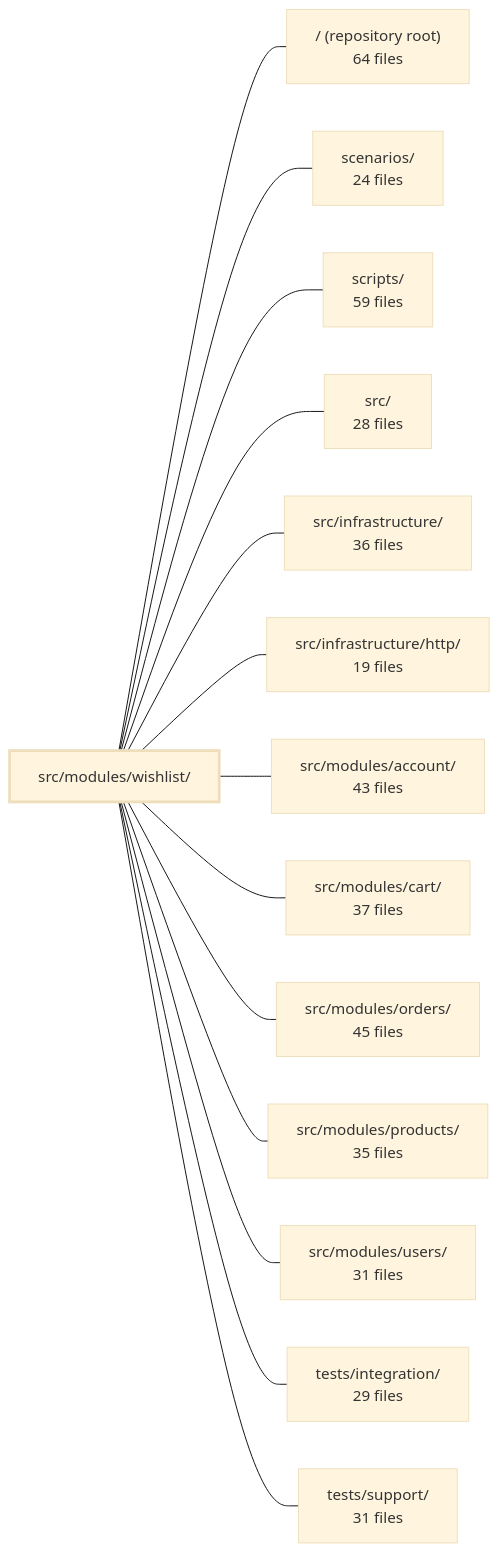
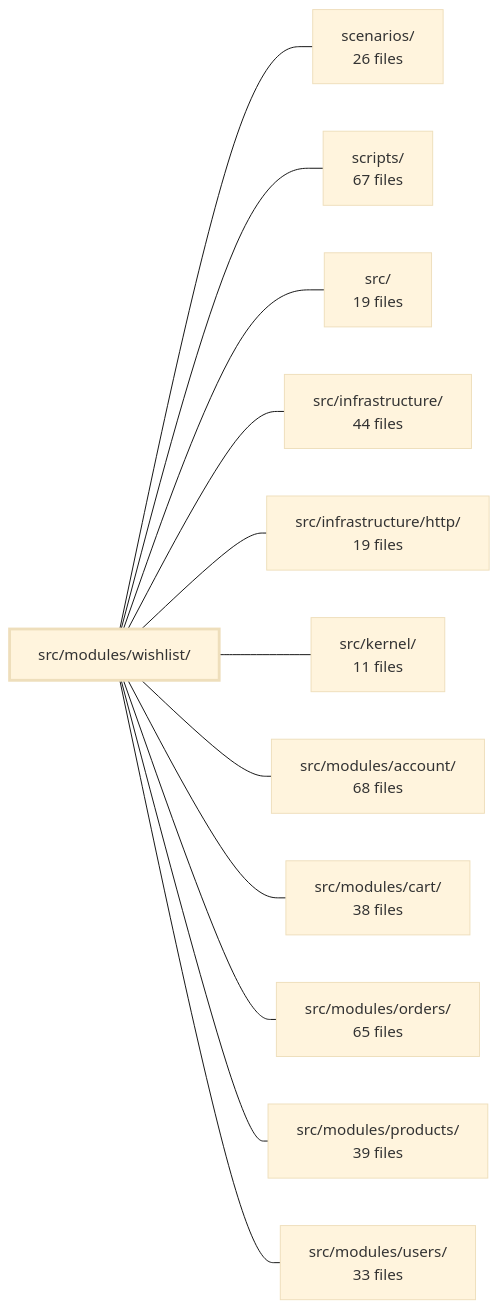
The diagram in .2brain/modules/boilerplate-node-backend_src_modules_wishlist.md (Guebbit/boilerplate-node-backend), drawn with Mermaid (base theme) before and after one commit. The commit also changed other lines of this file and 137 other files, not shown here.

````diff
--- a/.2brain/modules/boilerplate-node-backend_src_modules_wishlist.md
+++ b/.2brain/modules/boilerplate-node-backend_src_modules_wishlist.md
@@ -44,31 +41,27 @@
 ```mermaid
 flowchart LR
     m_src_modules_wishlist["src/modules/wishlist/"]
-    m_root["/ (repository root)<br/>64 files"]
-    m_scenarios["scenarios/<br/>24 files"]
-    m_scripts["scripts/<br/>59 files"]
-    m_src["src/<br/>28 files"]
-    m_src_infrastructure["src/infrastructure/<br/>36 files"]
+    m_scenarios["scenarios/<br/>26 files"]
+    m_scripts["scripts/<br/>67 files"]
+    m_src["src/<br/>19 files"]
+    m_src_infrastructure["src/infrastructure/<br/>44 files"]
     m_src_infrastructure_http["src/infrastructure/http/<br/>19 files"]
-    m_src_modules_account["src/modules/account/<br/>43 files"]
-    m_src_modules_cart["src/modules/cart/<br/>37 files"]
-    m_src_modules_orders["src/modules/orders/<br/>45 files"]
-    m_src_modules_products["src/modules/products/<br/>35 files"]
-    m_src_modules_users["src/modules/users/<br/>31 files"]
-    m_tests_integration["tests/integration/<br/>29 files"]
-    m_tests_support["tests/support/<br/>31 files"]
-    m_src_modules_wishlist --- m_root
+    m_src_kernel["src/kernel/<br/>11 files"]
+    m_src_modules_account["src/modules/account/<br/>68 files"]
+    m_src_modules_cart["src/modules/cart/<br/>38 files"]
+    m_src_modules_orders["src/modules/orders/<br/>65 files"]
+    m_src_modules_products["src/modules/products/<br/>39 files"]
+    m_src_modules_users["src/modules/users/<br/>33 files"]
     m_src_modules_wishlist --- m_scenarios
     m_src_modules_wishlist --- m_scripts
     m_src_modules_wishlist --- m_src
     m_src_modules_wishlist --- m_src_infrastructure
     m_src_modules_wishlist --- m_src_infrastructure_http
+    m_src_modules_wishlist --- m_src_kernel
     m_src_modules_wishlist --- m_src_modules_account
     m_src_modules_wishlist --- m_src_modules_cart
     m_src_modules_wishlist --- m_src_modules_orders
     m_src_modules_wishlist --- m_src_modules_products
     m_src_modules_wishlist --- m_src_modules_users
-    m_src_modules_wishlist --- m_tests_integration
-    m_src_modules_wishlist --- m_tests_support
     style m_src_modules_wishlist stroke-width:3px
 ```
````
